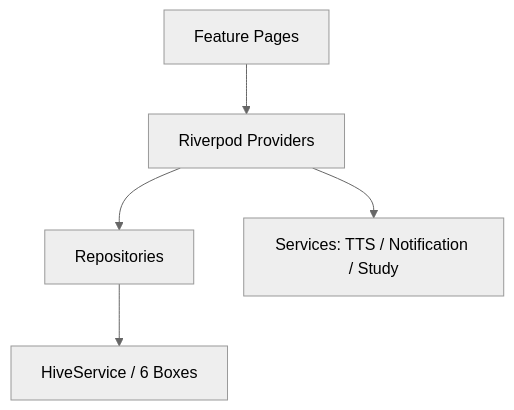
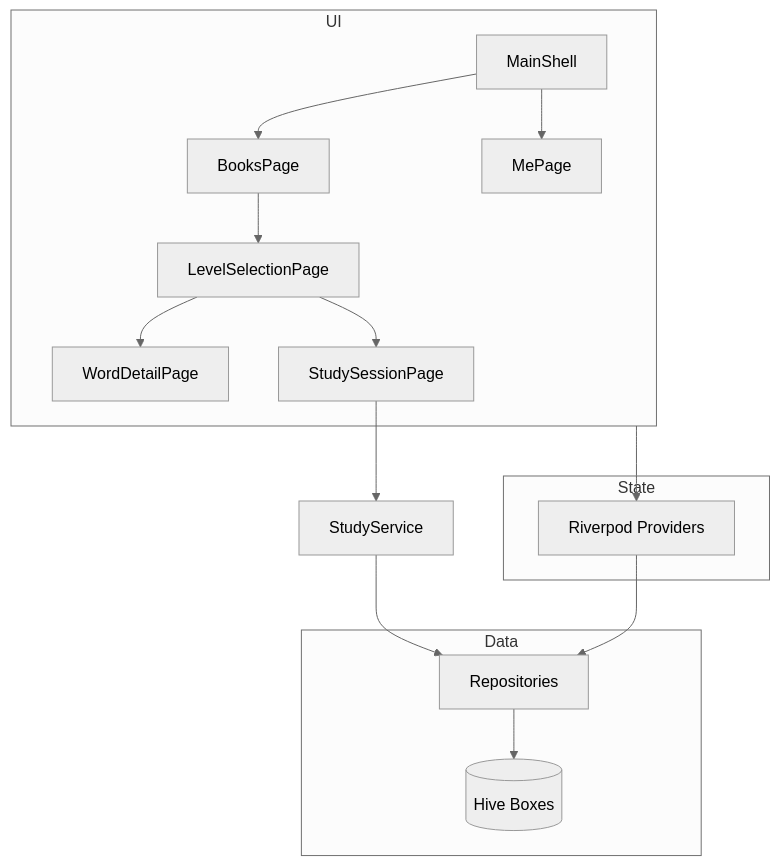
One commit to zz966/vocab_master changed the diagram in Docs/STATUS.md. Above: the diagram before and after it, drawn with Mermaid (neutral theme). The commit also changed other lines of this file and 136 other files, not shown here.

````diff
--- a/Docs/STATUS.md
+++ b/Docs/STATUS.md
@@ -263,7 +296,28 @@
 ```mermaid
 flowchart TB
-  UI[Feature Pages] --> P[Riverpod Providers]
-  P --> R[Repositories]
-  R --> H[HiveService / 6 Boxes]
-  P --> S[Services: TTS / Notification / Study]
+  subgraph UI
+    MS[MainShell]
+    BP[BooksPage]
+    LP[LevelSelectionPage]
+    WD[WordDetailPage]
+    SS[StudySessionPage]
+    MP[MePage]
+  end
+
+  subgraph State
+    RP[Riverpod Providers]
+  end
+
+  subgraph Data
+    REPO[Repositories]
+    HIVE[(Hive Boxes)]
+  end
+
+  MS --> BP --> LP
+  LP --> WD
+  LP --> SS
+  MS --> MP
+  UI --> RP --> REPO --> HIVE
+  SS --> StudyService
+  StudyService --> REPO
 ```
````
